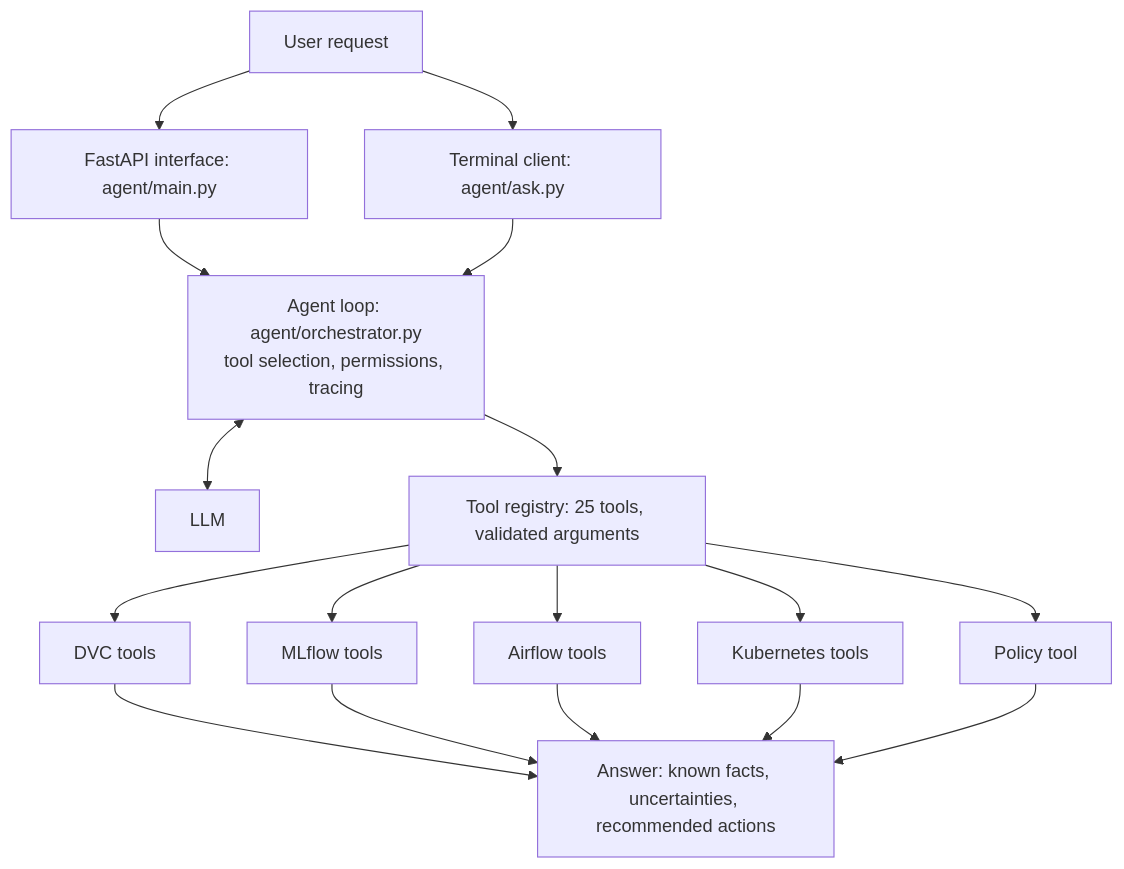
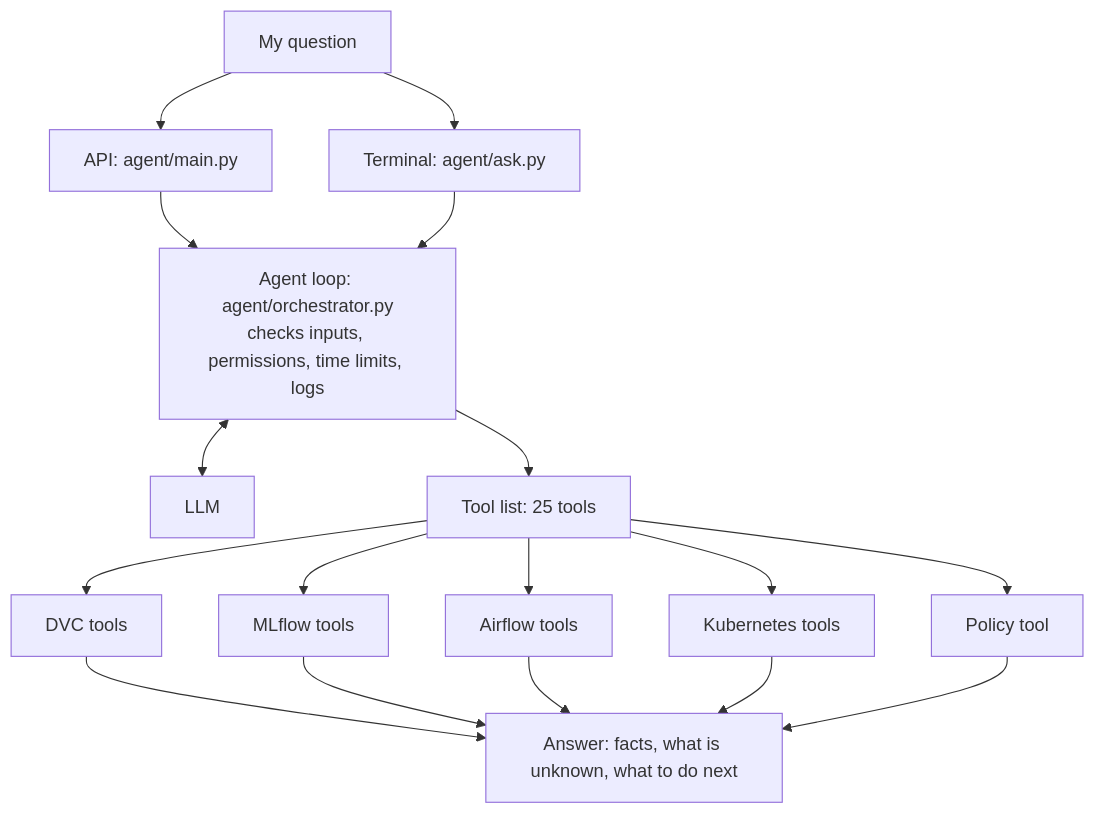
One commit to aimennnnn/assignment-03-mlops-agent changed the diagram in REPORT.md. Above: the diagram before and after it, drawn with Mermaid. The commit also changed other lines of this file and 7 other files, not shown here.

````diff
--- a/REPORT.md
+++ b/REPORT.md
@@ -28,20 +38,20 @@
 ```mermaid
 flowchart TD
-    U[User request] --> F[FastAPI interface: agent/main.py]
-    U --> C[Terminal client: agent/ask.py]
+    U[My question] --> F[API: agent/main.py]
+    U --> C[Terminal: agent/ask.py]
     F --> O
     C --> O
-    O[Agent loop: agent/orchestrator.py<br/>tool selection, permissions, tracing]
+    O[Agent loop: agent/orchestrator.py<br/>checks inputs, permissions, time limits, logs]
     O <--> L[LLM]
-    O --> R[Tool registry: 25 tools, validated arguments]
+    O --> R[Tool list: 25 tools]
     R --> D[DVC tools]
     R --> M[MLflow tools]
     R --> A[Airflow tools]
     R --> K[Kubernetes tools]
     R --> P[Policy tool]
-    D --> E[Answer: known facts, uncertainties, recommended actions]
+    D --> E[Answer: facts, what is unknown, what to do next]
     M --> E
     A --> E
     K --> E
     P --> E
 ```
````
